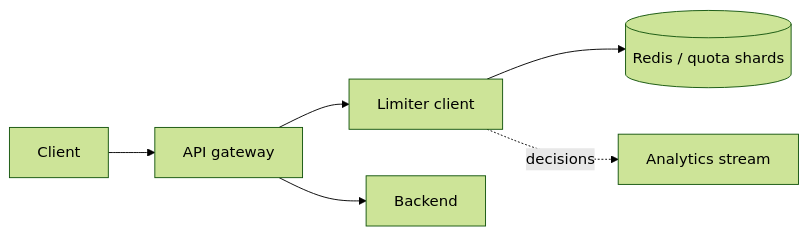
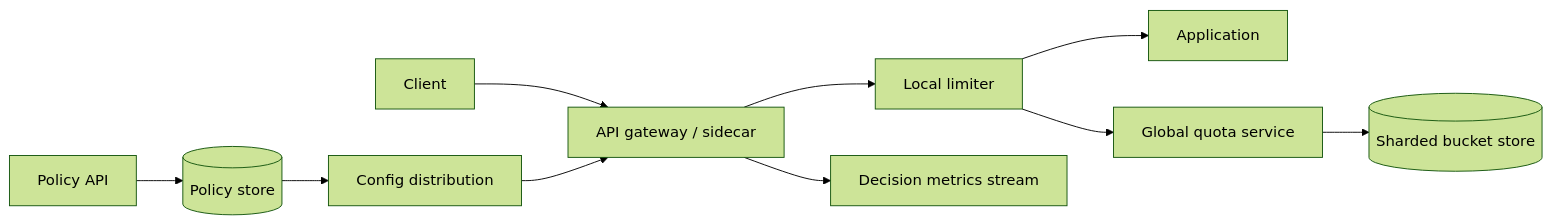
The diagram in src/content/blog/system-design/rate-limiter.md (yangzichao/www), drawn with Mermaid (forest theme) before and after one commit. The commit also changed other lines of this file and 18 other files, not shown here.

Commit message:
refactor: Revise URL Shortener design document to enhance clarity and detail on system evolution, API specifications, and architectural considerations

````diff
--- a/src/content/blog/system-design/rate-limiter.md
+++ b/src/content/blog/system-design/rate-limiter.md
@@ -90,8 +226,13 @@
 ```mermaid
 flowchart LR
-  C[Client] --> G[API gateway]
-  G --> L[Limiter client]
-  L --> R[(Redis / quota shards)]
-  G --> B[Backend]
-  L -. decisions .-> E[Analytics stream]
+  C[Client] --> G[API gateway / sidecar]
+  G --> L[Local limiter]
+  L --> A[Application]
+  L --> Q[Global quota service]
+  Q --> S[(Sharded bucket store)]
+
+  P[Policy API] --> DB[(Policy store)]
+  DB --> D[Config distribution]
+  D --> G
+  G --> E[Decision metrics stream]
 ```
````
